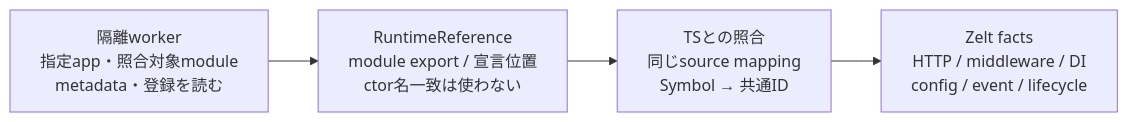
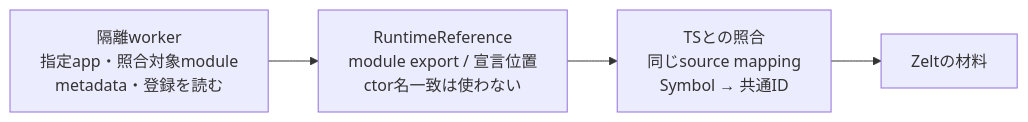
Before and after one commit to zeltjs/zelt: the eighth of 13 diagrams in mocks/studio-spatial/generic-extraction-design.md, drawn with Mermaid. The commit also changed other lines of this file, not shown here.

First line of the commit message:
[wip] ground studio extraction design in architect-facing policies

```diff
--- a/mocks/studio-spatial/generic-extraction-design.md
+++ b/mocks/studio-spatial/generic-extraction-design.md
@@ -659,6 +886,6 @@
 ~~~mermaid
 flowchart LR
   W["隔離worker<br/>指定app・照合対象module<br/>metadata・登録を読む"] --> R["RuntimeReference<br/>module export / 宣言位置<br/>ctor名一致は使わない"]
   R --> B["TSとの照合<br/>同じsource mapping<br/>Symbol → 共通ID"]
-  B --> F["Zelt facts<br/>HTTP / middleware / DI<br/>config / event / lifecycle"]
+  B --> F["Zeltの材料"]
 ~~~
```
